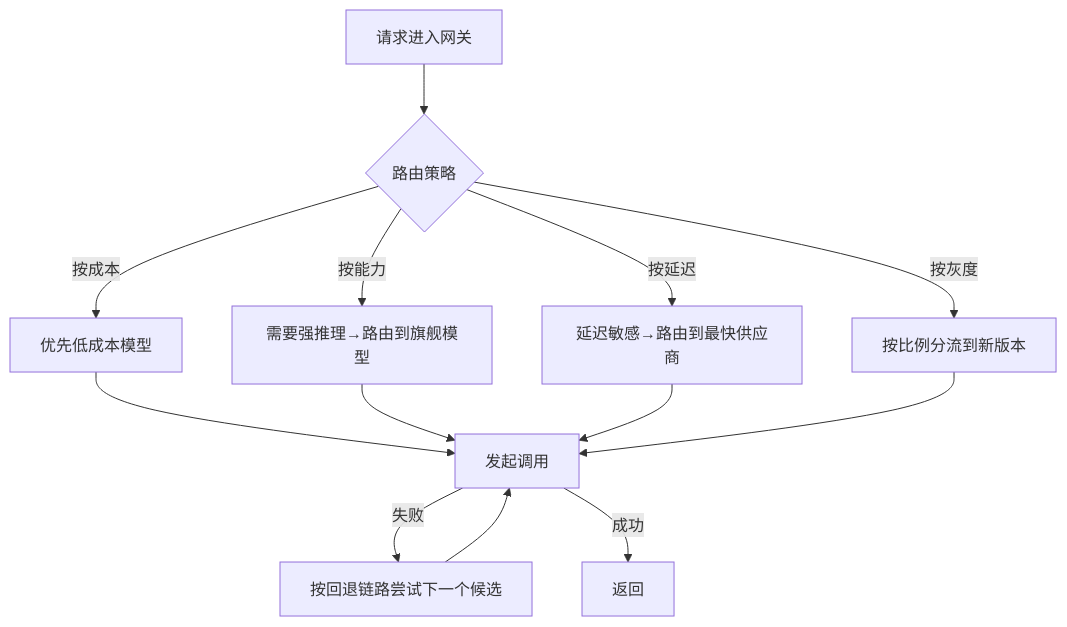
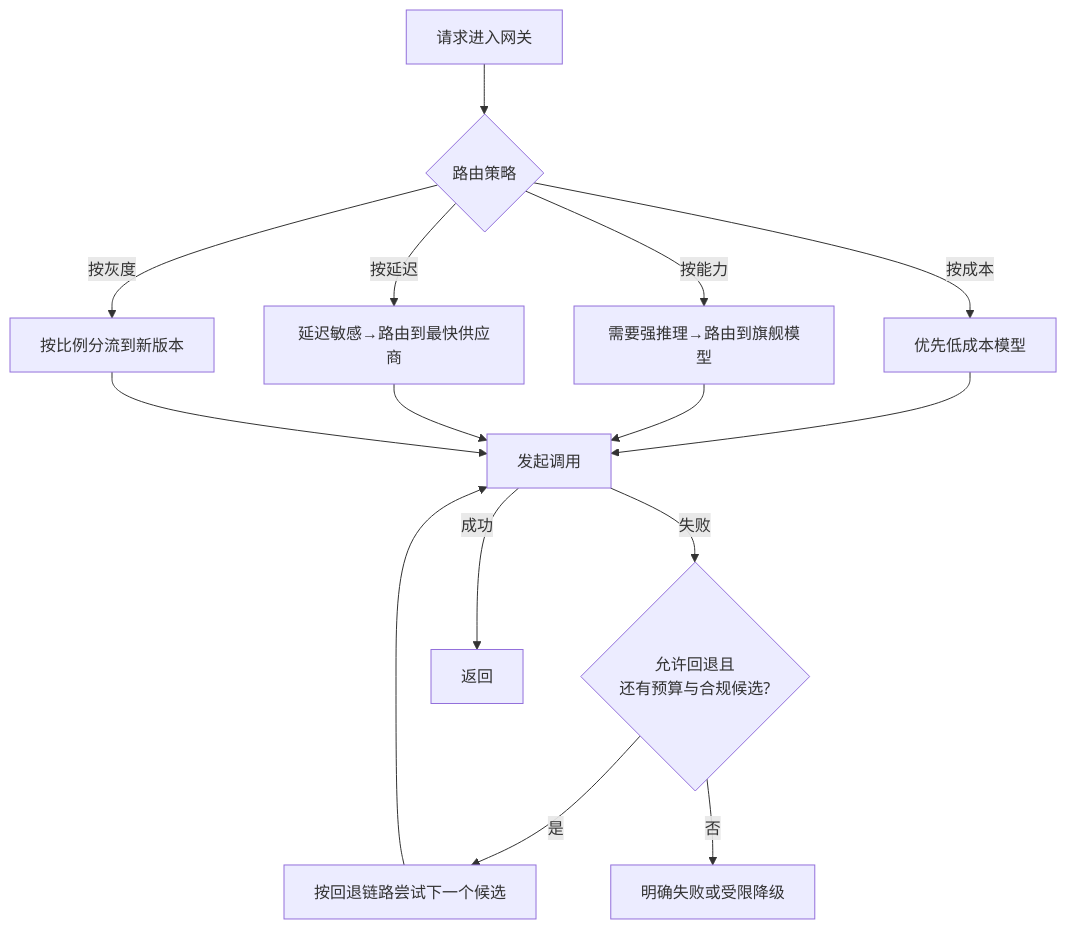
Before and after one commit to oneleaveknowsthefall/awesome-ai-roadmap: the diagram in docs/engineering/02-request-reliability/03-model-gateway-routing-fallback.md, drawn with Mermaid. The commit also changed other lines of this file and 27 other files, not shown here.

````diff
--- a/docs/engineering/02-request-reliability/03-model-gateway-routing-fallback.md
+++ b/docs/engineering/02-request-reliability/03-model-gateway-routing-fallback.md
@@ -11,15 +11,17 @@
 ```mermaid
 flowchart TB
     REQ["请求进入网关"] --> POLICY{"路由策略"}
     POLICY -->|按成本| CHEAP["优先低成本模型"]
     POLICY -->|按能力| CAPABLE["需要强推理→路由到旗舰模型"]
     POLICY -->|按延迟| FAST["延迟敏感→路由到最快供应商"]
     POLICY -->|按灰度| CANARY["按比例分流到新版本"]
     CHEAP --> CALL["发起调用"]
     CAPABLE --> CALL
     FAST --> CALL
     CANARY --> CALL
-    CALL -->|失败| FALLBACK["按回退链路尝试下一个候选"]
+    CALL -->|失败| CHECK{"允许回退且<br/>还有预算与合规候选?"}
+    CHECK -->|是| FALLBACK["按回退链路尝试下一个候选"]
+    CHECK -->|否| STOP["明确失败或受限降级"]
     FALLBACK --> CALL
     CALL -->|成功| DONE["返回"]
 ```
````
